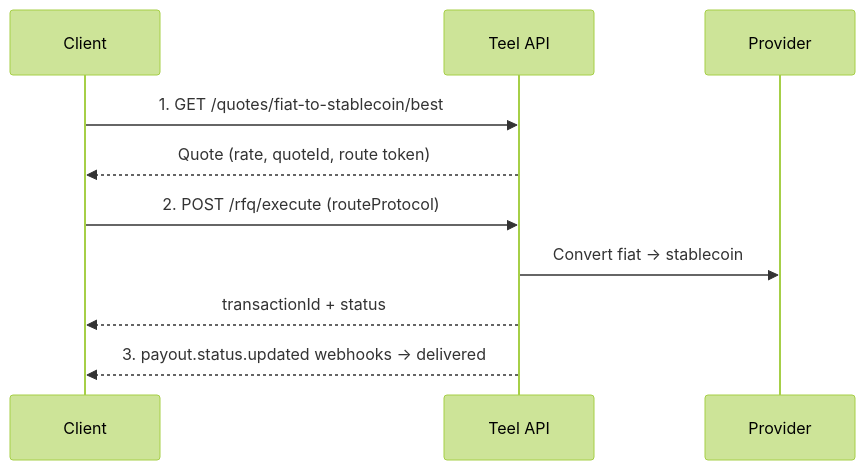
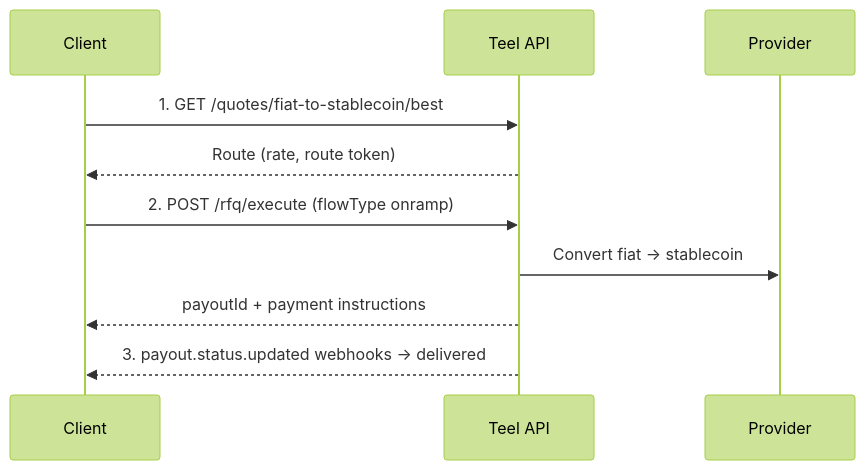
One commit to TeelOrg/docs changed the diagram in guides/stablecoin-transfer.mdx. Above: the diagram before and after it, drawn with Mermaid (forest theme). The commit also changed other lines of this file and 61 other files, not shown here.

````diff
--- a/guides/stablecoin-transfer.mdx
+++ b/guides/stablecoin-transfer.mdx
@@ -10,13 +10,13 @@
 ```mermaid
 sequenceDiagram
     participant Client
     participant API as Teel API
     participant Provider
 
     Client->>API: 1. GET /quotes/fiat-to-stablecoin/best
-    API-->>Client: Quote (rate, quoteId, route token)
-    Client->>API: 2. POST /rfq/execute (routeProtocol)
+    API-->>Client: Route (rate, route token)
+    Client->>API: 2. POST /rfq/execute (flowType onramp)
     API->>Provider: Convert fiat → stablecoin
-    API-->>Client: transactionId + status
+    API-->>Client: payoutId + payment instructions
     API-->>Client: 3. payout.status.updated webhooks → delivered
 ```
````
